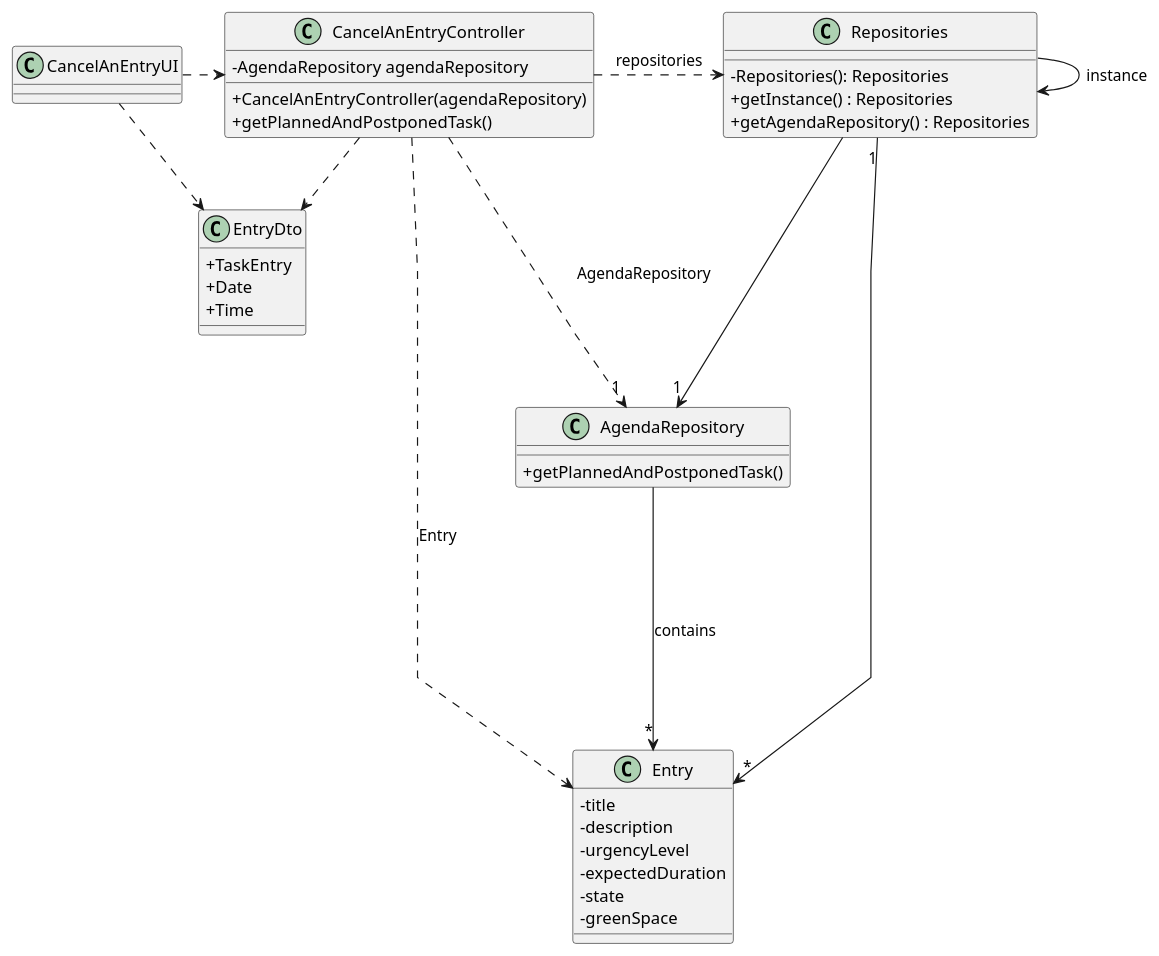
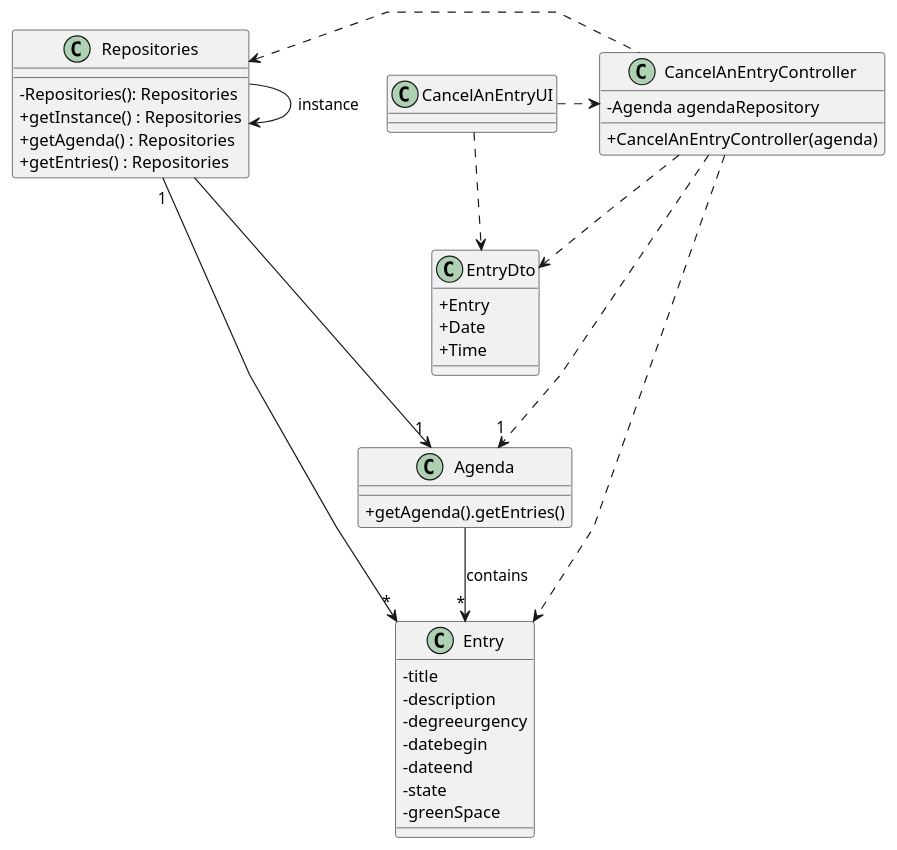
The diagram in docs/sprintC/us025/03.design/puml/us025-class-diagram.puml (rpedros02/lei-24-s2-1DL-g08), drawn with PlantUML before and after one commit. The commit also changed 5 other files, not shown here.

```diff
--- a/docs/sprintC/us025/03.design/puml/us025-class-diagram.puml
+++ b/docs/sprintC/us025/03.design/puml/us025-class-diagram.puml
@@ -1,62 +1,62 @@
 @startuml
 'skinparam monochrome true
 skinparam packageStyle rectangle
 skinparam shadowing false
 skinparam linetype polyline
-'skinparam linetype orto
+
 
 skinparam classAttributeIconSize 0
 
-'left to right direction
 
 class CancelAnEntryUI{
 }
 
 
 class CancelAnEntryController{
--AgendaRepository agendaRepository
-    + CancelAnEntryController(agendaRepository)
-    + getPlannedAndPostponedTask()
+-Agenda agendaRepository
+    + CancelAnEntryController(agenda)
  }
 
 class Repositories {
     - Repositories(): Repositories
     + getInstance() : Repositories
-    + getAgendaRepository() : Repositories
+    + getAgenda() : Repositories
+    + getEntries() : Repositories
 }
 
 
-class AgendaRepository {
-    + getPlannedAndPostponedTask()
+class Agenda {
+    + getAgenda().getEntries()
 
 }
 
 class  Entry{
         -title
         -description
-        -urgencyLevel
-        -expectedDuration
+        -degreeurgency
+        -datebegin
+        -dateend
         -state
         -greenSpace
 
 }
 
 class EntryDto{
-+TaskEntry
++Entry
 +Date
 +Time
 }
 
 
-AgendaRepository --> "*" Entry: contains
+Agenda --> "*" Entry: contains
 CancelAnEntryUI .>  CancelAnEntryController
-CancelAnEntryController ...r> Repositories : repositories
+CancelAnEntryController ...l> Repositories
 CancelAnEntryUI .> EntryDto
 CancelAnEntryController ..> EntryDto
 Repositories -> Repositories : instance
 Repositories "1" --> "*" Entry
-Repositories ---> "1" AgendaRepository
+Repositories ---> "1" Agenda
 
- CancelAnEntryController ......>  Entry : Entry
- CancelAnEntryController ...> "1" AgendaRepository : AgendaRepository
+ CancelAnEntryController ....>  Entry
+ CancelAnEntryController ...> "1" Agenda
 @enduml
```
